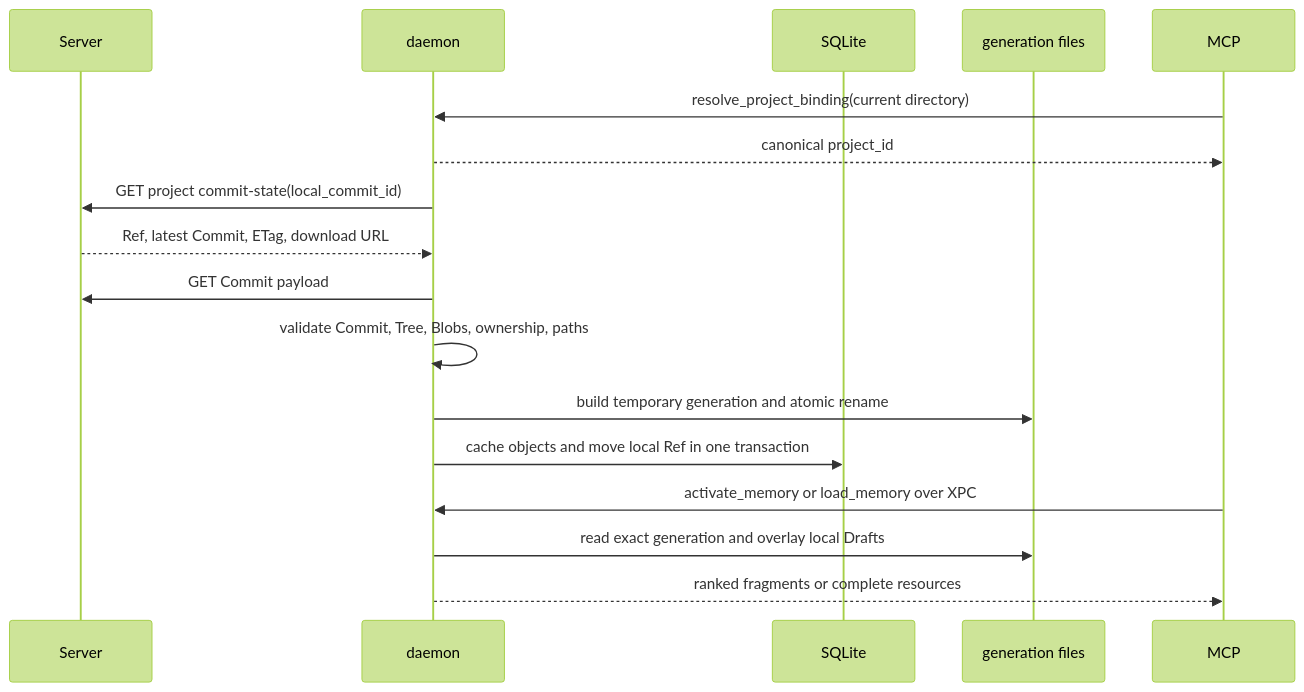
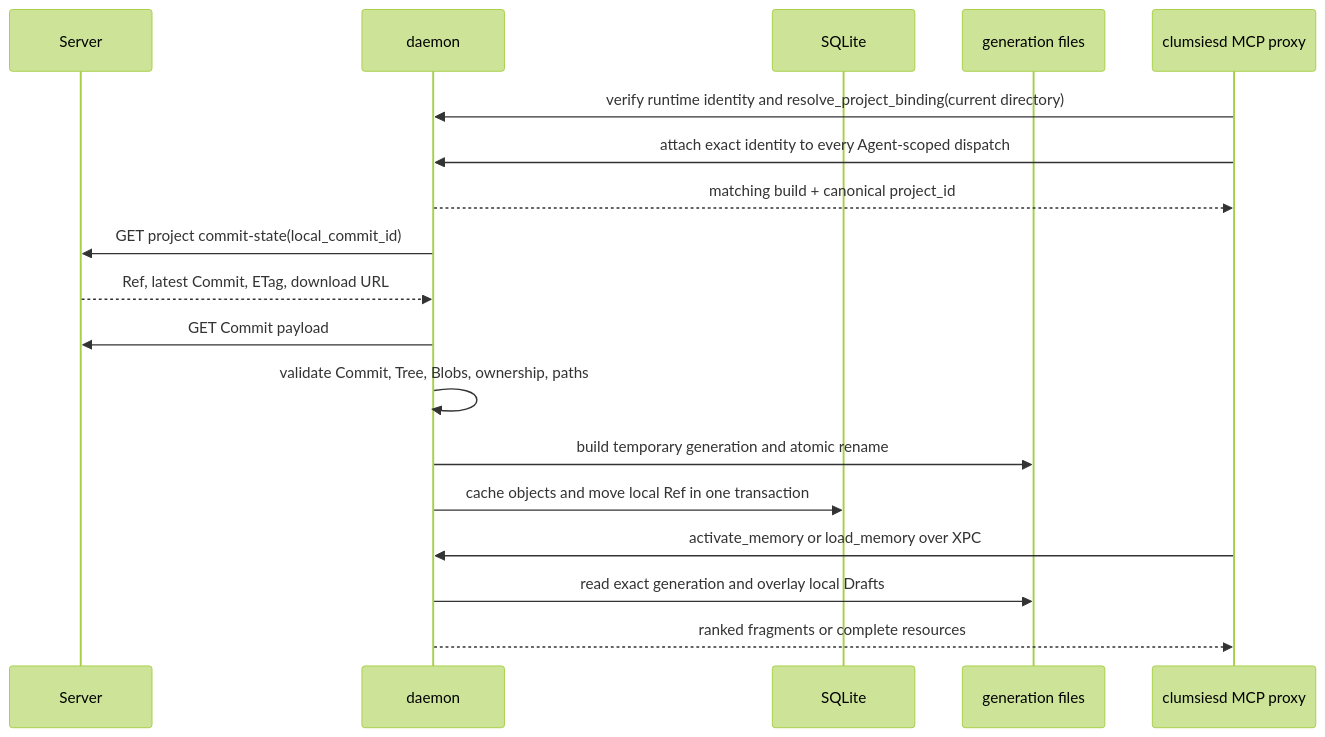
The fourth of 5 diagrams in docs/architecture.md (dylanwangeth/clumsies), drawn with Mermaid (forest theme) before and after one commit. The commit also changed other lines of this file and 213 other files, not shown here.

First line of the commit message:
runtime: unify Agent runtime and incremental indexing

````diff
--- a/docs/architecture.md
+++ b/docs/architecture.md
@@ -110,20 +110,21 @@
 ```mermaid
 sequenceDiagram
     participant S as Server
     participant D as daemon
     participant DB as SQLite
     participant F as generation files
-    participant M as MCP
+    participant P as clumsiesd MCP proxy
 
-    M->>D: resolve_project_binding(current directory)
-    D-->>M: canonical project_id
+    P->>D: verify runtime identity and resolve_project_binding(current directory)
+    P->>D: attach exact identity to every Agent-scoped dispatch
+    D-->>P: matching build + canonical project_id
     D->>S: GET project commit-state(local_commit_id)
     S-->>D: Ref, latest Commit, ETag, download URL
     D->>S: GET Commit payload
     D->>D: validate Commit, Tree, Blobs, ownership, paths
     D->>F: build temporary generation and atomic rename
     D->>DB: cache objects and move local Ref in one transaction
-    M->>D: activate_memory or load_memory over XPC
+    P->>D: activate_memory or load_memory over XPC
     D->>F: read exact generation and overlay local Drafts
-    D-->>M: ranked fragments or complete resources
+    D-->>P: ranked fragments or complete resources
 ```
````
